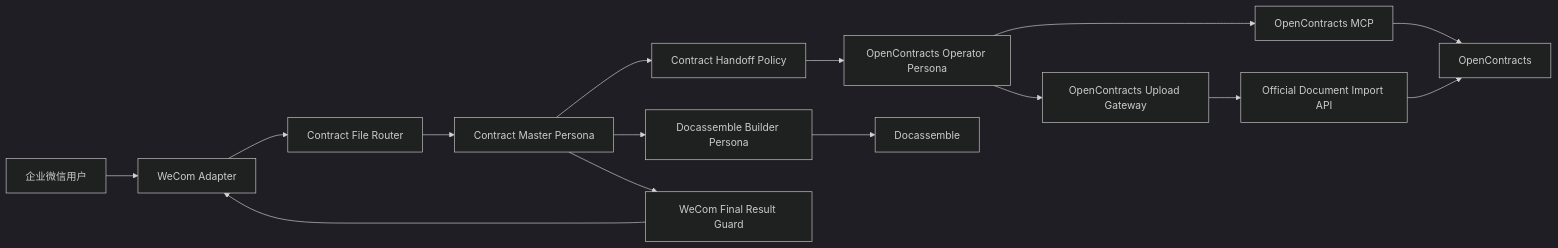
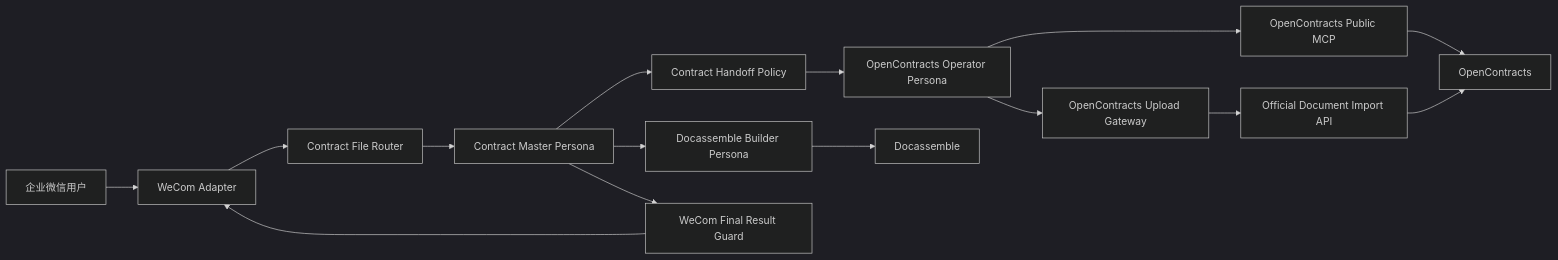
One commit to Ri0n72Y/ContractBotConfig changed the first of 2 diagrams in README.md. Above: the diagram before and after it, drawn with Mermaid (dark theme). The commit also changed other lines of this file, not shown here.

Commit message:
document public MCP upload workflow

````diff
--- a/README.md
+++ b/README.md
@@ -18,31 +18,31 @@
 ```mermaid
 flowchart LR
     User[企业微信用户]
     WeCom[WeCom Adapter]
     Router[Contract File Router]
     Master[Contract Master Persona]
     Handoff[Contract Handoff Policy]
     OCOperator[OpenContracts Operator Persona]
-    MCP[OpenContracts MCP]
+    MCP[OpenContracts Public MCP]
     Gateway[OpenContracts Upload Gateway]
     ImportAPI[Official Document Import API]
     OpenContracts[OpenContracts]
     ResultGuard[WeCom Final Result Guard]
     DocBuilder[Docassemble Builder Persona]
     Docassemble[Docassemble]
 
     User --> WeCom
     WeCom --> Router
     Router --> Master
     Master --> Handoff
     Handoff --> OCOperator
     OCOperator --> MCP
     MCP --> OpenContracts
     OCOperator --> Gateway
     Gateway --> ImportAPI
     ImportAPI --> OpenContracts
     Master --> DocBuilder
     DocBuilder --> Docassemble
     Master --> ResultGuard
     ResultGuard --> WeCom
 ```
````
